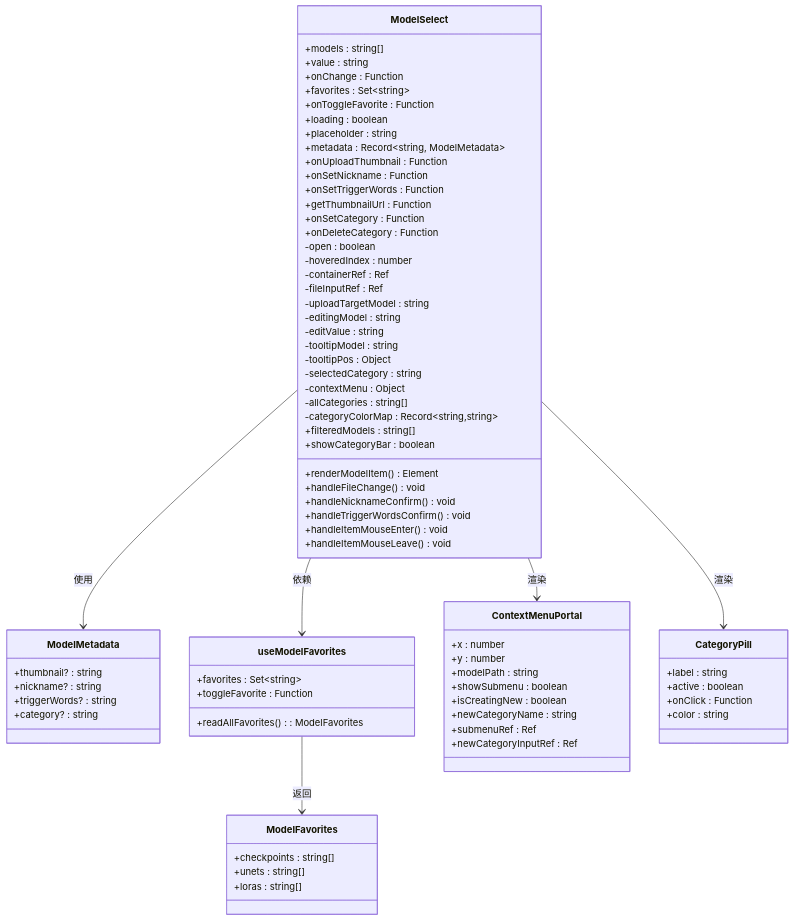
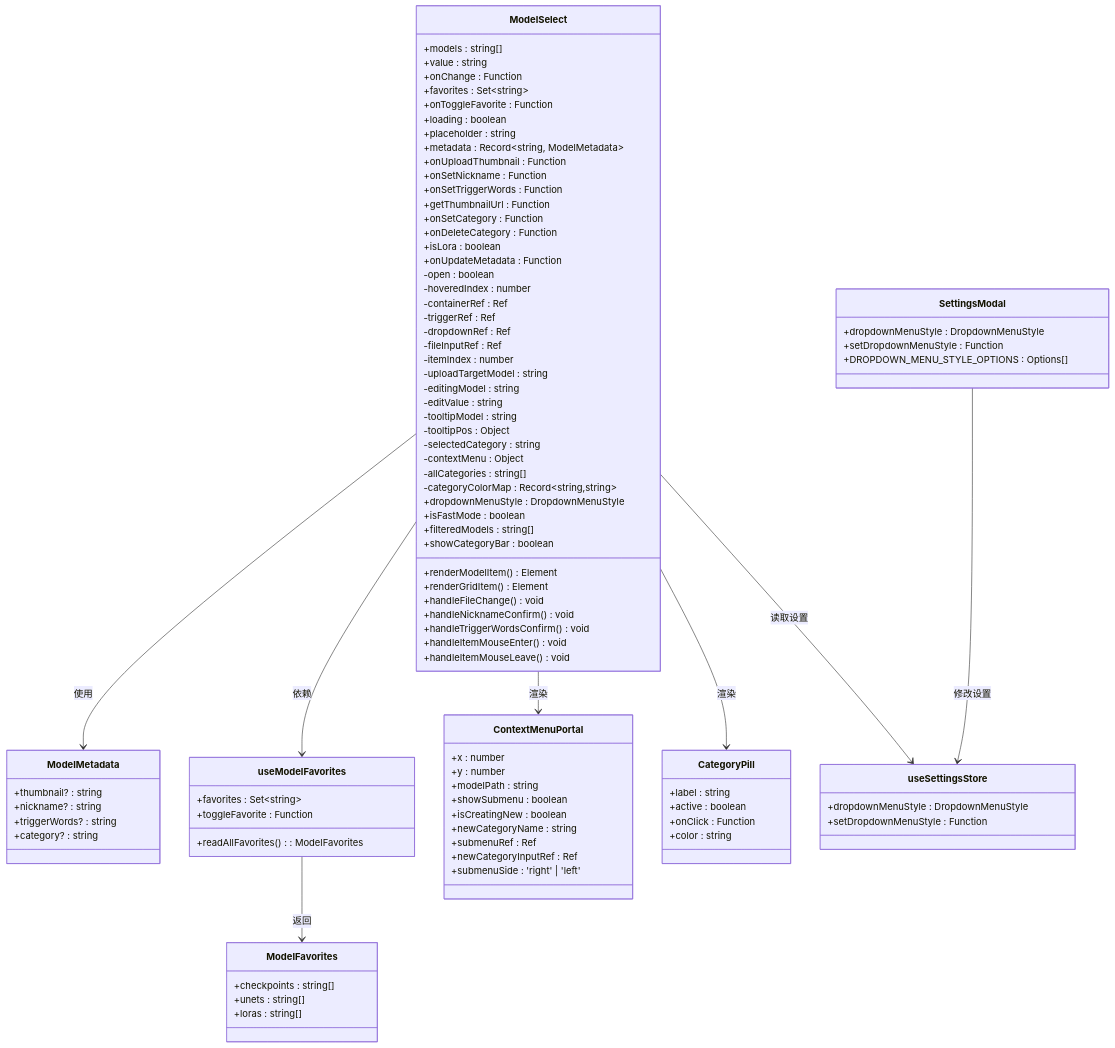
The third of 7 diagrams in .qoder/repowiki/zh/content/Model Select Component.md (billye220670/CorineKit_Pix2Real), drawn with Mermaid before and after one commit. The commit also changed other lines of this file and 14 other files, not shown here.

````diff
--- a/.qoder/repowiki/zh/content/Model Select Component.md
+++ b/.qoder/repowiki/zh/content/Model Select Component.md
@@ -197,10 +210,15 @@
 +getThumbnailUrl : Function
 +onSetCategory : Function
 +onDeleteCategory : Function
++isLora : boolean
++onUpdateMetadata : Function
 -open : boolean
 -hoveredIndex : number
 -containerRef : Ref
+-triggerRef : Ref
+-dropdownRef : Ref
 -fileInputRef : Ref
+-itemIndex : number
 -uploadTargetModel : string
 -editingModel : string
 -editValue : string
@@ -210,7 +228,10 @@
 -contextMenu : Object
 -allCategories : string[]
 -categoryColorMap : Record~string,string~
++dropdownMenuStyle : DropdownMenuStyle
++isFastMode : boolean
 +renderModelItem() Element
++renderGridItem() Element
 +handleFileChange() void
 +handleNicknameConfirm() void
 +handleTriggerWordsConfirm() void
@@ -244,6 +265,7 @@
 +newCategoryName : string
 +submenuRef : Ref
 +newCategoryInputRef : Ref
++submenuSide : 'right' | 'left'
 }
 class CategoryPill {
 +label : string
@@ -251,9 +273,20 @@
 +onClick : Function
 +color : string
 }
+class SettingsModal {
++dropdownMenuStyle : DropdownMenuStyle
++setDropdownMenuStyle : Function
++DROPDOWN_MENU_STYLE_OPTIONS : Options[]
+}
+class useSettingsStore {
++dropdownMenuStyle : DropdownMenuStyle
++setDropdownMenuStyle : Function
+}
 ModelSelect --> ModelMetadata : 使用
 ModelSelect --> useModelFavorites : 依赖
 ModelSelect --> ContextMenuPortal : 渲染
 ModelSelect --> CategoryPill : 渲染
+ModelSelect --> useSettingsStore : 读取设置
+SettingsModal --> useSettingsStore : 修改设置
 useModelFavorites --> ModelFavorites : 返回
 ```
````
